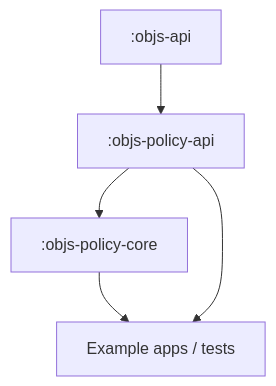
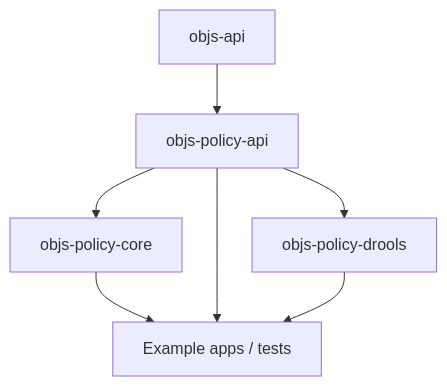
The first of 2 diagrams in docs/design/policy/modules.md (qpointz/objs), drawn with Mermaid before and after one commit. The commit also changed other lines of this file and 23 other files, not shown here.

````diff
--- a/docs/design/policy/modules.md
+++ b/docs/design/policy/modules.md
@@ -9,11 +9,14 @@
 ```mermaid
 flowchart TB
-  api_mod[":objs-api"]
-  papi[":objs-policy-api"]
-  pcore[":objs-policy-core"]
+  api_mod[objs-api]
+  api[objs-policy-api]
+  pcore[objs-policy-core]
+  pdrools[objs-policy-drools]
   apps[Example apps / tests]
-  api_mod --> papi
-  papi --> pcore
+  api_mod --> api
+  api --> pcore
+  api --> pdrools
   pcore --> apps
-  papi --> apps
+  api --> apps
+  pdrools --> apps
 ```
````
